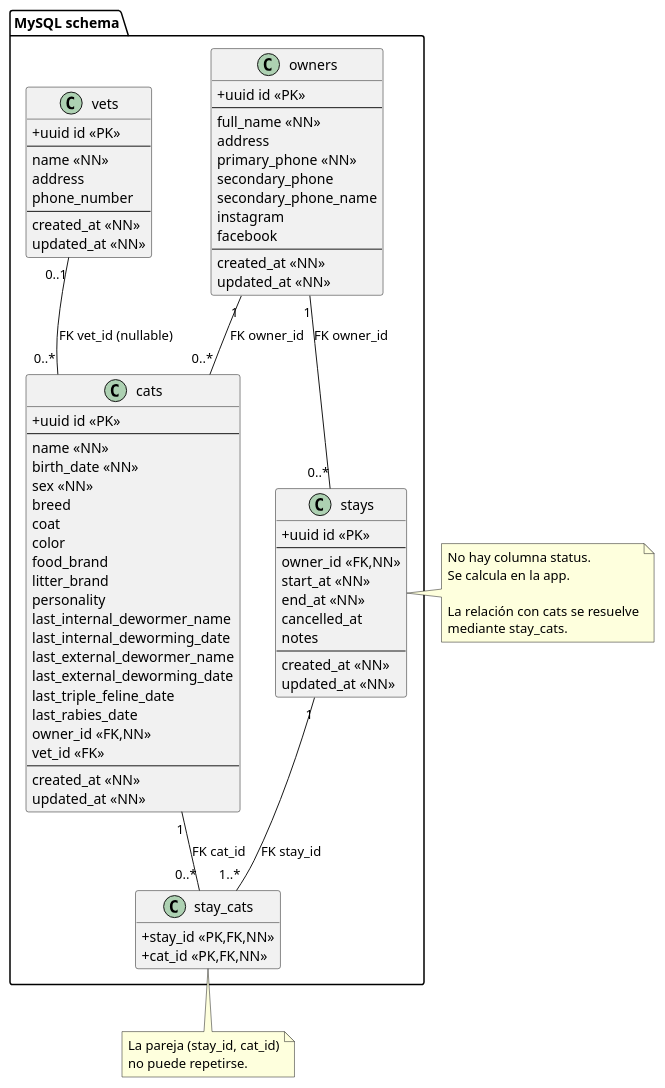
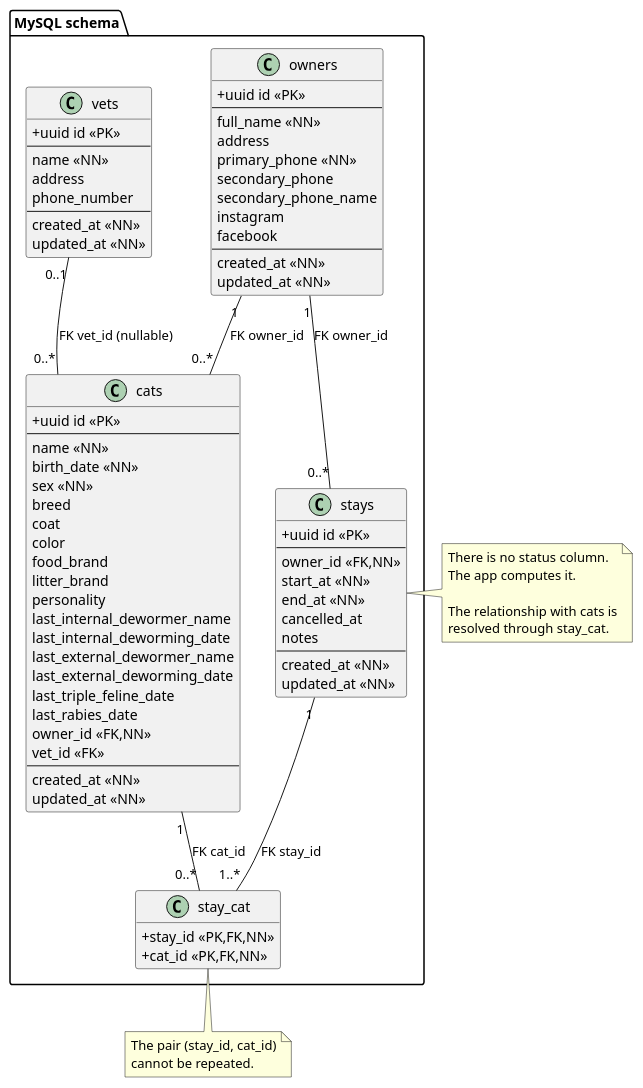
The diagram in docs/uml/02-db-schema.puml (TheZenithPassage/catworld), drawn with PlantUML before and after one commit. The commit also changed 9 other files, not shown here.

```diff
--- a/docs/uml/02-db-schema.puml
+++ b/docs/uml/02-db-schema.puml
@@ -1,97 +1,97 @@
 @startuml
 hide methods
 hide stereotypes
 skinparam classAttributeIconSize 0
 
 package "MySQL schema" {
 
   class owners <<table>> {
     +uuid id <<PK>>
     --
     full_name <<NN>>
     address
     primary_phone <<NN>>
     secondary_phone
     secondary_phone_name
     instagram
     facebook
     --
     created_at <<NN>>
     updated_at <<NN>>
   }
 
   class vets <<table>> {
     +uuid id <<PK>>
     --
     name <<NN>>
     address
     phone_number
     --
     created_at <<NN>>
     updated_at <<NN>>
   }
 
   class cats <<table>> {
     +uuid id <<PK>>
     --
     name <<NN>>
     birth_date <<NN>>
     sex <<NN>>
     breed
     coat
     color
     food_brand
     litter_brand
     personality
     last_internal_dewormer_name
     last_internal_deworming_date
     last_external_dewormer_name
     last_external_deworming_date
     last_triple_feline_date
     last_rabies_date
     owner_id <<FK,NN>>
     vet_id <<FK>>
     --
     created_at <<NN>>
     updated_at <<NN>>
   }
 
   class stays <<table>> {
     +uuid id <<PK>>
     --
     owner_id <<FK,NN>>
     start_at <<NN>>
     end_at <<NN>>
     cancelled_at
     notes
     --
     created_at <<NN>>
     updated_at <<NN>>
   }
 
-  class stay_cats <<table>> {
+  class stay_cat <<table>> {
     +stay_id <<PK,FK,NN>>
     +cat_id <<PK,FK,NN>>
   }
 
   owners "1" -- "0..*" cats : FK owner_id
   vets   "0..1" -- "0..*" cats : FK vet_id (nullable)
   owners "1" -- "0..*" stays : FK owner_id
-  stays  "1" -- "1..*" stay_cats : FK stay_id
-  cats   "1" -- "0..*" stay_cats : FK cat_id
+  stays  "1" -- "1..*" stay_cat : FK stay_id
+  cats   "1" -- "0..*" stay_cat : FK cat_id
 }
 
 note right of stays
-No hay columna status.
-Se calcula en la app.
+There is no status column.
+The app computes it.
 
-La relación con cats se resuelve
-mediante stay_cats.
+The relationship with cats is
+resolved through stay_cat.
 end note
 
-note bottom of stay_cats
-La pareja (stay_id, cat_id)
-no puede repetirse.
+note bottom of stay_cat
+The pair (stay_id, cat_id)
+cannot be repeated.
 end note
 
 @enduml
```
